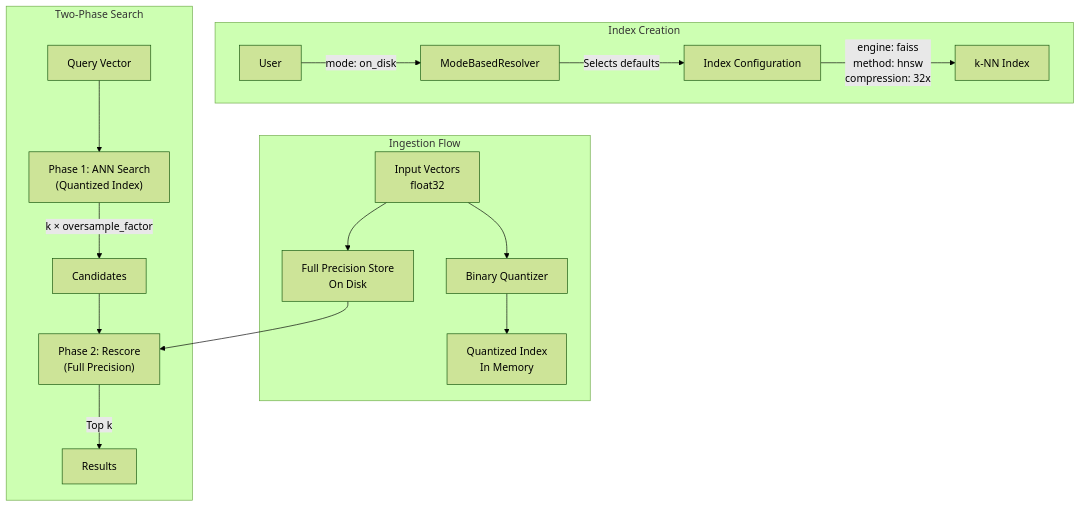
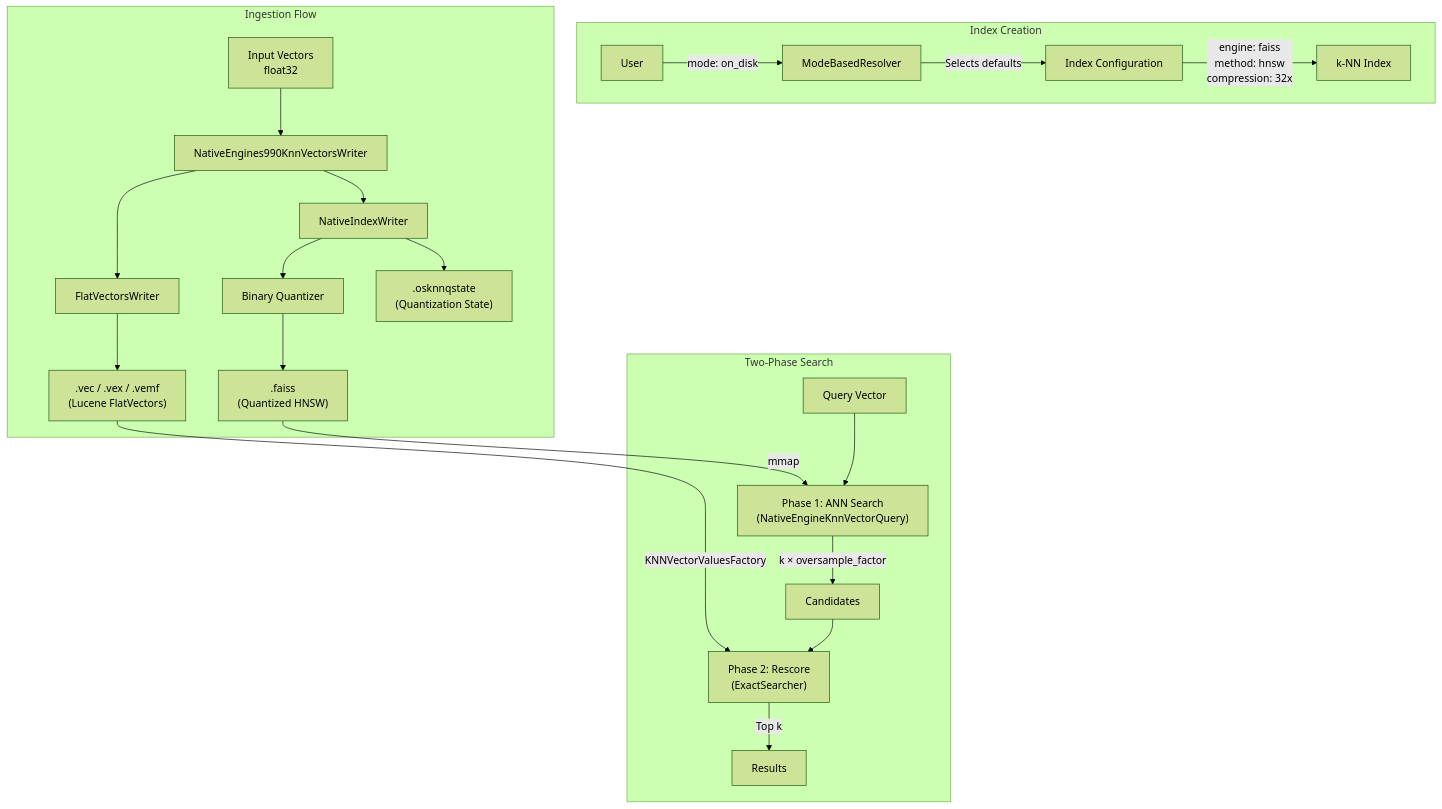
One commit to tkykenmt/opensearch-feature-explorer changed the first of 4 diagrams in docs/features/k-nn/k-nn-disk-based-vector-search.md. Above: the diagram before and after it, drawn with Mermaid (forest theme). The commit also changed other lines of this file, not shown here.

Commit message:
docs: update disk-based vector search with detailed architecture and storage comparison

````diff
--- a/docs/features/k-nn/k-nn-disk-based-vector-search.md
+++ b/docs/features/k-nn/k-nn-disk-based-vector-search.md
@@ -15,22 +15,27 @@
 ```mermaid
 graph TB
     subgraph "Index Creation"
         User[User] --> |"mode: on_disk"| Resolver[ModeBasedResolver]
         Resolver --> |"Selects defaults"| Config[Index Configuration]
         Config --> |"engine: faiss<br/>method: hnsw<br/>compression: 32x"| Index[k-NN Index]
     end
     
     subgraph "Ingestion Flow"
-        Vectors[Input Vectors<br/>float32] --> Quantizer[Binary Quantizer]
-        Quantizer --> QIndex[Quantized Index<br/>In Memory]
-        Vectors --> FPStore[Full Precision Store<br/>On Disk]
+        Vectors[Input Vectors<br/>float32] --> Writer[NativeEngines990KnnVectorsWriter]
+        Writer --> FlatWriter[FlatVectorsWriter]
+        Writer --> NativeWriter[NativeIndexWriter]
+        FlatWriter --> LuceneFiles[".vec / .vex / .vemf<br/>(Lucene FlatVectors)"]
+        NativeWriter --> Quantizer[Binary Quantizer]
+        Quantizer --> FaissFile[".faiss<br/>(Quantized HNSW)"]
+        NativeWriter --> QStateFile[".osknnqstate<br/>(Quantization State)"]
     end
     
     subgraph "Two-Phase Search"
-        Query[Query Vector] --> Phase1["Phase 1: ANN Search<br/>(Quantized Index)"]
+        Query[Query Vector] --> Phase1["Phase 1: ANN Search<br/>(NativeEngineKnnVectorQuery)"]
+        FaissFile --> |"mmap"| Phase1
         Phase1 --> |"k × oversample_factor"| Candidates[Candidates]
-        Candidates --> Phase2["Phase 2: Rescore<br/>(Full Precision)"]
-        FPStore --> Phase2
+        Candidates --> Phase2["Phase 2: Rescore<br/>(ExactSearcher)"]
+        LuceneFiles --> |"KNNVectorValuesFactory"| Phase2
         Phase2 --> |"Top k"| Results[Results]
     end
 ```
````
